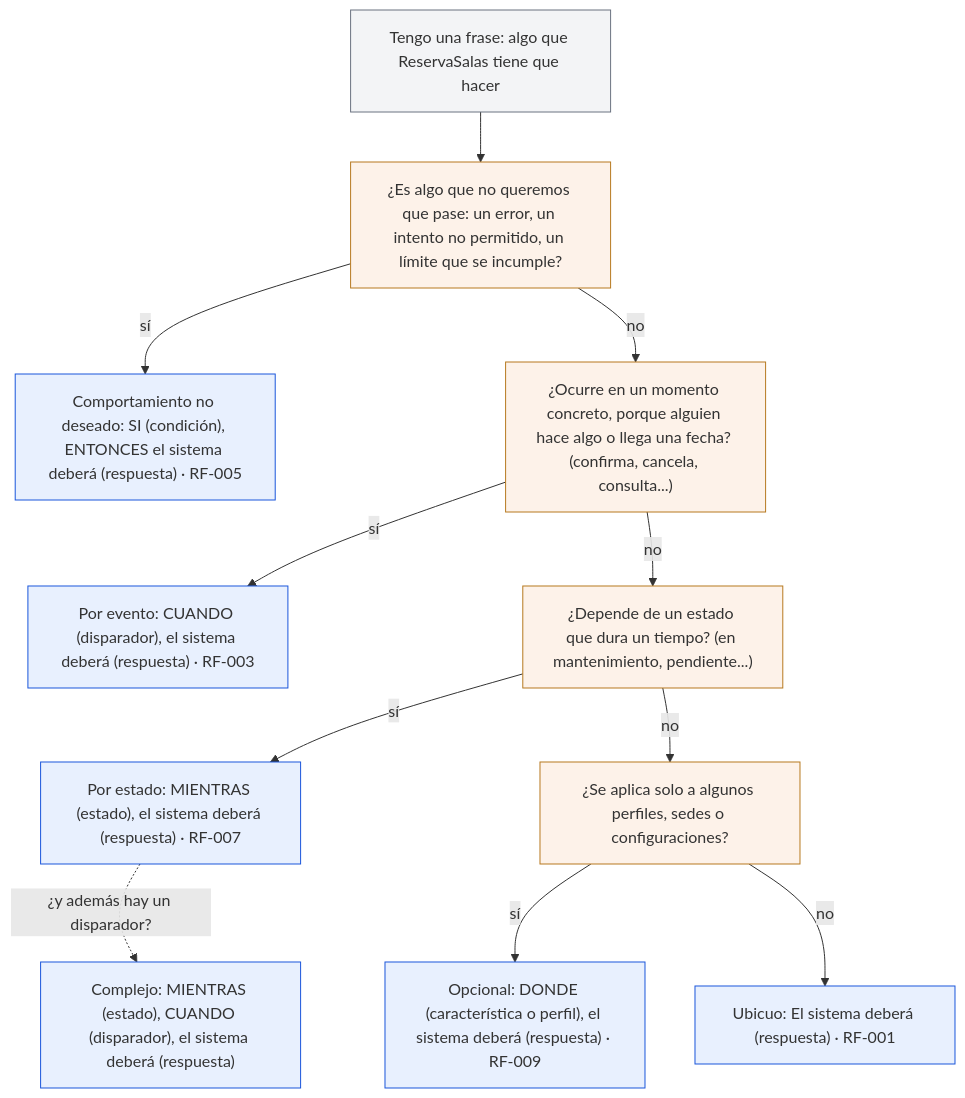
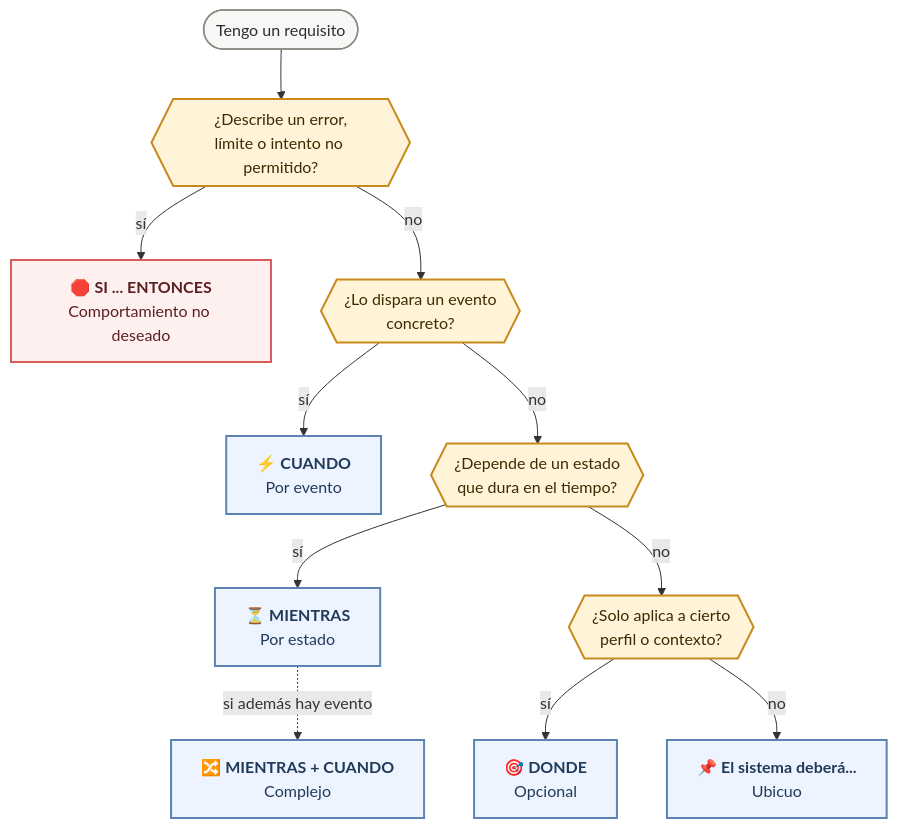
Before and after one commit to antroc/charla-sdd: the second of 2 diagrams in diagramas/05-anatomia-de-un-requisito-ears.md, drawn with Mermaid. The commit also changed other lines of this file and 5 other files, not shown here.

Commit message:
Mejorar visualmente los diagramas Mermaid

````diff
--- a/diagramas/05-anatomia-de-un-requisito-ears.md
+++ b/diagramas/05-anatomia-de-un-requisito-ears.md
@@ -73,21 +85,24 @@
 ```mermaid
 flowchart TD
-  frase["Tengo una frase: algo que ReservaSalas tiene que hacer"] --> q1["¿Es algo que no queremos que pase: un error, un intento no permitido, un límite que se incumple?"]
-  q1 -->|"sí"| noDeseado["Comportamiento no deseado: SI (condición), ENTONCES el sistema deberá (respuesta) · RF-005"]
-  q1 -->|"no"| q2["¿Ocurre en un momento concreto, porque alguien hace algo o llega una fecha? (confirma, cancela, consulta...)"]
-  q2 -->|"sí"| cuando["Por evento: CUANDO (disparador), el sistema deberá (respuesta) · RF-003"]
-  q2 -->|"no"| q3["¿Depende de un estado que dura un tiempo? (en mantenimiento, pendiente...)"]
-  q3 -->|"sí"| mientras["Por estado: MIENTRAS (estado), el sistema deberá (respuesta) · RF-007"]
-  q3 -->|"no"| q4["¿Se aplica solo a algunos perfiles, sedes o configuraciones?"]
-  q4 -->|"sí"| donde["Opcional: DONDE (característica o perfil), el sistema deberá (respuesta) · RF-009"]
-  q4 -->|"no"| ubicuo["Ubicuo: El sistema deberá (respuesta) · RF-001"]
-  mientras -.->|"¿y además hay un disparador?"| complejo["Complejo: MIENTRAS (estado), CUANDO (disparador), el sistema deberá (respuesta)"]
-  %% Enlaces invisibles: solo alinean los patrones en una columna
-  noDeseado ~~~ cuando ~~~ mientras ~~~ complejo
-  classDef pregunta fill:#FDF2E9,stroke:#B7791F;
-  classDef patronEars fill:#E8F0FE,stroke:#1A56DB;
-  classDef neutro fill:#F3F4F6,stroke:#6B7280;
-  class q1,q2,q3,q4 pregunta;
-  class cuando,mientras,noDeseado,donde,ubicuo,complejo patronEars;
-  class frase neutro;
+  inicio(["Tengo un requisito"]) --> q1{{"¿Describe un error,<br/>límite o intento no permitido?"}}
+  q1 -->|"sí"| error["🛑 <b>SI ... ENTONCES</b><br/>Comportamiento no deseado"]
+  q1 -->|"no"| q2{{"¿Lo dispara un evento<br/>concreto?"}}
+  q2 -->|"sí"| evento["⚡ <b>CUANDO</b><br/>Por evento"]
+  q2 -->|"no"| q3{{"¿Depende de un estado<br/>que dura en el tiempo?"}}
+  q3 -->|"sí"| estado["⏳ <b>MIENTRAS</b><br/>Por estado"]
+  q3 -->|"no"| q4{{"¿Solo aplica a cierto<br/>perfil o contexto?"}}
+  q4 -->|"sí"| opcional["🎯 <b>DONDE</b><br/>Opcional"]
+  q4 -->|"no"| ubicuo["📌 <b>El sistema deberá...</b><br/>Ubicuo"]
+
+  estado -.->|"si además hay evento"| complejo["🔀 <b>MIENTRAS + CUANDO</b><br/>Complejo"]
+
+  classDef start fill:#F7F7F5,stroke:#8A8A84,stroke-width:1.5px,color:#2D2D2D;
+  classDef question fill:#FFF4D8,stroke:#C88A1C,stroke-width:2px,color:#3D2A00;
+  classDef pattern fill:#EEF4FF,stroke:#5D83B3,stroke-width:2px,color:#203A59;
+  classDef danger fill:#FFF0F0,stroke:#D95C5C,stroke-width:2px,color:#5A2020;
+
+  class inicio start;
+  class q1,q2,q3,q4 question;
+  class evento,estado,opcional,ubicuo,complejo pattern;
+  class error danger;
 ```
````
